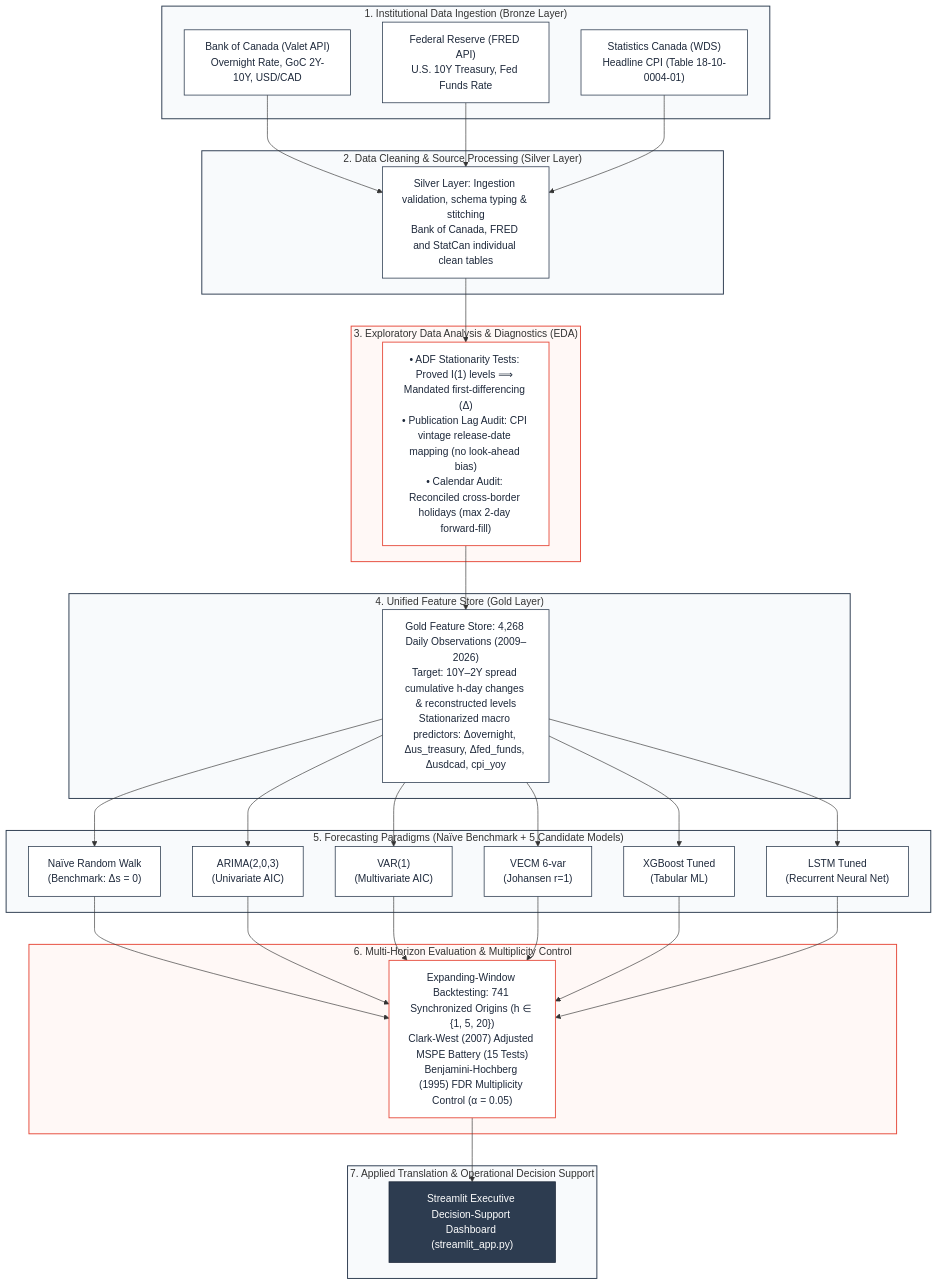
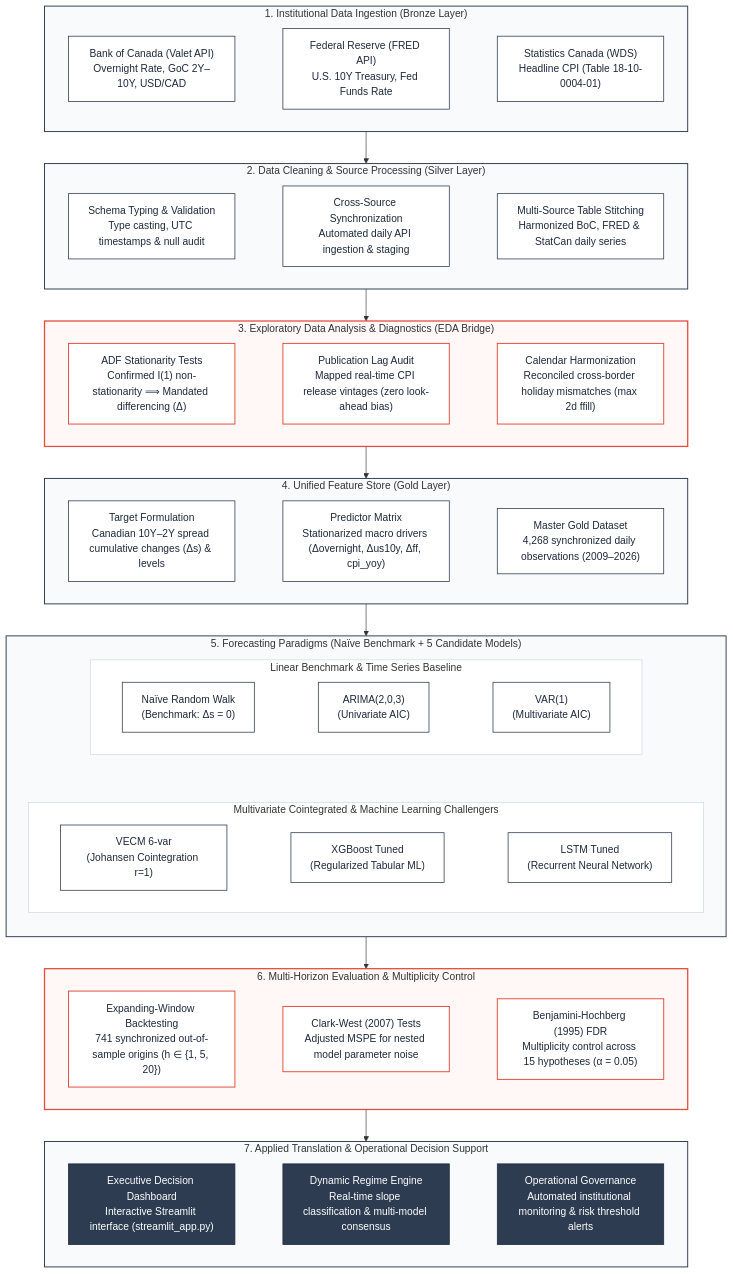
The diagram in src/reporting/pipeline_diagram.mmd (nholguinrh/DAMO-699-Capstone-project-GRP5), drawn with Mermaid before and after one commit. The commit also changed 8 other files, not shown here.

Commit message:
fix(figures): streamline Figure 1 architecture, restore red-blue heatmap in Fig 3, and add contrasting orange in Fig 7

```diff
--- a/src/reporting/pipeline_diagram.mmd
+++ b/src/reporting/pipeline_diagram.mmd
@@ -1,71 +1,60 @@
 flowchart TD
     subgraph S1 ["1. Institutional Data Ingestion (Bronze Layer)"]
-        A["Bank of Canada (Valet API)<br>Overnight Rate, GoC 2Y-10Y, USD/CAD"]
-        B["Federal Reserve (FRED API)<br>U.S. 10Y Treasury, Fed Funds Rate"]
-        C["Statistics Canada (WDS)<br>Headline CPI (Table 18-10-0004-01)"]
+        A["Bank of Canada (Valet API)<br>Overnight Rate, GoC 2Y–10Y, USD/CAD"] ~~~ B["Federal Reserve (FRED API)<br>U.S. 10Y Treasury, Fed Funds Rate"] ~~~ C["Statistics Canada (WDS)<br>Headline CPI (Table 18-10-0004-01)"]
     end
 
     subgraph S2 ["2. Data Cleaning & Source Processing (Silver Layer)"]
-        D["Silver Layer: Ingestion validation, schema typing & stitching<br>Bank of Canada, FRED and StatCan individual clean tables"]
+        D1["Schema Typing & Validation<br>Type casting, UTC timestamps & null audit"] ~~~ D2["Cross-Source Synchronization<br>Automated daily API ingestion & staging"] ~~~ D3["Multi-Source Table Stitching<br>Harmonized BoC, FRED & StatCan daily series"]
     end
 
-    subgraph S3 ["3. Exploratory Data Analysis & Diagnostics (EDA)"]
-        E["• ADF Stationarity Tests: Proved I(1) levels ⟹ Mandated first-differencing (Δ)<br>• Publication Lag Audit: CPI vintage release-date mapping (no look-ahead bias)<br>• Calendar Audit: Reconciled cross-border holidays (max 2-day forward-fill)"]
+    subgraph S3 ["3. Exploratory Data Analysis & Diagnostics (EDA Bridge)"]
+        E1["ADF Stationarity Tests<br>Confirmed I(1) non-stationarity ⟹ Mandated differencing (Δ)"] ~~~ E2["Publication Lag Audit<br>Mapped real-time CPI release vintages (zero look-ahead bias)"] ~~~ E3["Calendar Harmonization<br>Reconciled cross-border holiday mismatches (max 2d ffill)"]
     end
 
     subgraph S4 ["4. Unified Feature Store (Gold Layer)"]
-        F["Gold Feature Store: 4,268 Daily Observations (2009–2026)<br>Target: 10Y–2Y spread cumulative h-day changes & reconstructed levels<br>Stationarized macro predictors: Δovernight, Δus_treasury, Δfed_funds, Δusdcad, cpi_yoy"]
+        F1["Target Formulation<br>Canadian 10Y–2Y spread cumulative changes (Δs) & levels"] ~~~ F2["Predictor Matrix<br>Stationarized macro drivers (Δovernight, Δus10y, Δff, cpi_yoy)"] ~~~ F3["Master Gold Dataset<br>4,268 synchronized daily observations (2009–2026)"]
     end
 
     subgraph S5 ["5. Forecasting Paradigms (Naïve Benchmark + 5 Candidate Models)"]
-        G["Naïve Random Walk<br>(Benchmark: Δs = 0)"]
-        H["ARIMA(2,0,3)<br>(Univariate AIC)"]
-        I["VAR(1)<br>(Multivariate AIC)"]
-        J["VECM 6-var<br>(Johansen r=1)"]
-        K["XGBoost Tuned<br>(Tabular ML)"]
-        L["LSTM Tuned<br>(Recurrent Neural Net)"]
+        direction TB
+        subgraph S5_1 ["Linear Benchmark & Time Series Baseline"]
+            G["Naïve Random Walk<br>(Benchmark: Δs = 0)"] ~~~ H["ARIMA(2,0,3)<br>(Univariate AIC)"] ~~~ I["VAR(1)<br>(Multivariate AIC)"]
+        end
+        subgraph S5_2 ["Multivariate Cointegrated & Machine Learning Challengers"]
+            J["VECM 6-var<br>(Johansen Cointegration r=1)"] ~~~ K["XGBoost Tuned<br>(Regularized Tabular ML)"] ~~~ L["LSTM Tuned<br>(Recurrent Neural Network)"]
+        end
+        S5_1 ~~~ S5_2
     end
 
     subgraph S6 ["6. Multi-Horizon Evaluation & Multiplicity Control"]
-        M["Expanding-Window Backtesting: 741 Synchronized Origins (h ∈ {1, 5, 20})<br>Clark-West (2007) Adjusted MSPE Battery (15 Tests)<br>Benjamini-Hochberg (1995) FDR Multiplicity Control (α = 0.05)"]
+        M1["Expanding-Window Backtesting<br>741 synchronized out-of-sample origins (h ∈ {1, 5, 20})"] ~~~ M2["Clark-West (2007) Tests<br>Adjusted MSPE for nested model parameter noise"] ~~~ M3["Benjamini-Hochberg (1995) FDR<br>Multiplicity control across 15 hypotheses (α = 0.05)"]
     end
 
     subgraph S7 ["7. Applied Translation & Operational Decision Support"]
-        N["Streamlit Executive Decision-Support Dashboard (streamlit_app.py)"]
+        N1["Executive Decision Dashboard<br>Interactive Streamlit interface (streamlit_app.py)"] ~~~ N2["Dynamic Regime Engine<br>Real-time slope classification & multi-model consensus"] ~~~ N3["Operational Governance<br>Automated institutional monitoring & risk threshold alerts"]
     end
 
-    A --> D
-    B --> D
-    C --> D
-    D --> E
-    E --> F
-    F --> G
-    F --> H
-    F --> I
-    F --> J
-    F --> K
-    F --> L
-    G --> M
-    H --> M
-    I --> M
-    J --> M
-    K --> M
-    L --> M
-    M --> N
+    S1 --> S2
+    S2 --> S3
+    S3 --> S4
+    S4 --> S5
+    S5 --> S6
+    S6 --> S7
 
     style S1 fill:#f8fafc,stroke:#2d3c50,stroke-width:1.5px
     style S2 fill:#f8fafc,stroke:#2d3c50,stroke-width:1.5px
-    style S3 fill:#fff8f6,stroke:#e64b3c,stroke-width:1.5px
+    style S3 fill:#fff8f6,stroke:#e64b3c,stroke-width:2px
     style S4 fill:#f8fafc,stroke:#2d3c50,stroke-width:1.5px
     style S5 fill:#f8fafc,stroke:#2d3c50,stroke-width:1.5px
-    style S6 fill:#fff8f6,stroke:#e64b3c,stroke-width:1.5px
+    style S5_1 fill:#ffffff,stroke:#cbd5e1,stroke-width:1px
+    style S5_2 fill:#ffffff,stroke:#cbd5e1,stroke-width:1px
+    style S6 fill:#fff8f6,stroke:#e64b3c,stroke-width:2px
     style S7 fill:#f8fafc,stroke:#2d3c50,stroke-width:1.5px
 
     classDef defaultNode fill:#ffffff,stroke:#2d3c50,stroke-width:1.2px,color:#1e293b;
-    classDef accentNode fill:#ffffff,stroke:#e64b3c,stroke-width:1.4px,color:#1e293b;
+    classDef accentNode fill:#ffffff,stroke:#e64b3c,stroke-width:1.5px,color:#1e293b;
     classDef darkNode fill:#2d3c50,stroke:#1e293b,stroke-width:1.2px,color:#ffffff;
-    classDef highlightNode fill:#e64b3c,stroke:#b91c1c,stroke-width:1.2px,color:#ffffff;
 
-    class A,B,C,D,F,G,H,I,J,K,L defaultNode;
-    class E,M accentNode;
-    class N darkNode;
+    class A,B,C,D1,D2,D3,F1,F2,F3,G,H,I,J,K,L defaultNode;
+    class E1,E2,E3,M1,M2,M3 accentNode;
+    class N1,N2,N3 darkNode;
```
